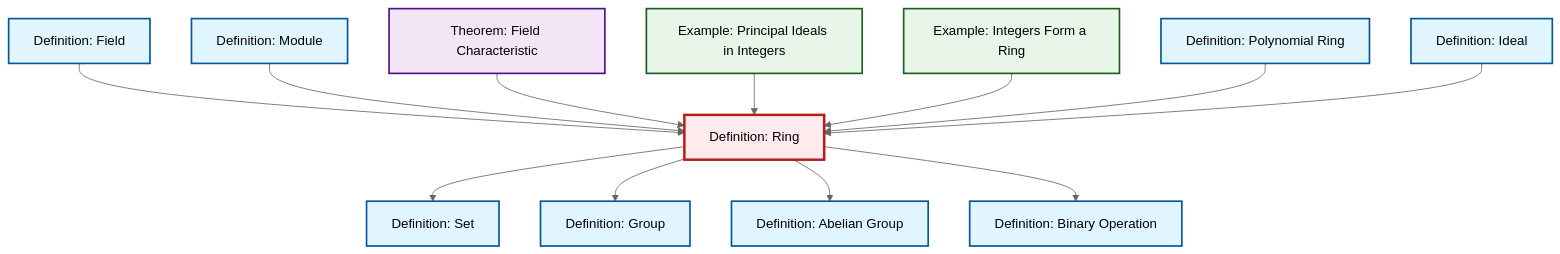
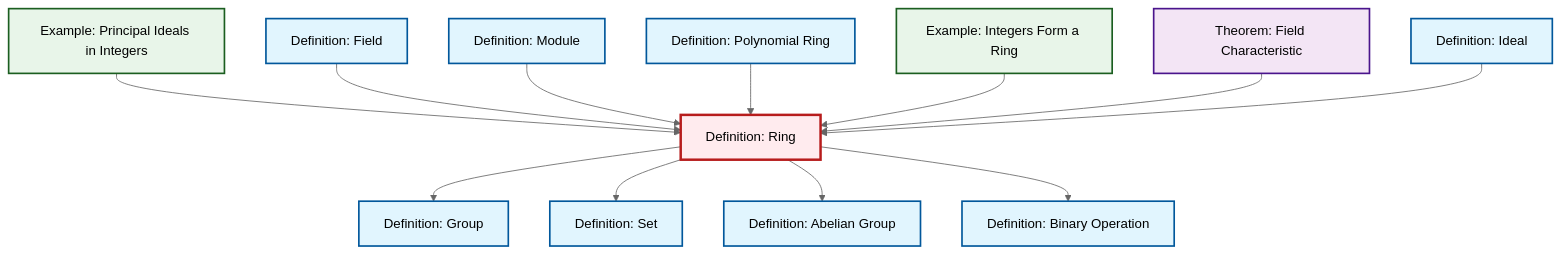
The diagram in content/en/algebra/def-ring.qmd (RK0429/ModernMath), drawn with Mermaid (neutral theme) before and after one commit. The commit also changed other lines of this file and 615 other files, not shown here.

````diff
--- a/content/en/algebra/def-ring.qmd
+++ b/content/en/algebra/def-ring.qmd
@@ -61,44 +61,44 @@
 ```{mermaid}
 %%| fig-cap: "Local dependency graph"
 graph TD
     classDef definition fill:#e1f5fe,stroke:#01579b,stroke-width:2px
     classDef theorem fill:#f3e5f5,stroke:#4a148c,stroke-width:2px
     classDef axiom fill:#fff3e0,stroke:#e65100,stroke-width:2px
     classDef example fill:#e8f5e9,stroke:#1b5e20,stroke-width:2px
     classDef current fill:#ffebee,stroke:#b71c1c,stroke-width:3px
+    thm-field-characteristic["Theorem: Field Characteristic"]:::theorem
+    def-polynomial-ring["Definition: Polynomial Ring"]:::definition
+    def-set["Definition: Set"]:::definition
+    def-field["Definition: Field"]:::definition
+    def-group["Definition: Group"]:::definition
     def-ideal["Definition: Ideal"]:::definition
-    def-field["Definition: Field"]:::definition
+    def-binary-operation["Definition: Binary Operation"]:::definition
     def-abelian-group["Definition: Abelian Group"]:::definition
-    def-set["Definition: Set"]:::definition
-    def-polynomial-ring["Definition: Polynomial Ring"]:::definition
+    def-module["Definition: Module"]:::definition
+    ex-integers-ring["Example: Integers Form a Ring"]:::example
     def-ring["Definition: Ring"]:::definition
     ex-principal-ideal["Example: Principal Ideals in Integers"]:::example
-    ex-integers-ring["Example: Integers Form a Ring"]:::example
-    thm-field-characteristic["Theorem: Field Characteristic"]:::theorem
-    def-module["Definition: Module"]:::definition
-    def-group["Definition: Group"]:::definition
-    def-binary-operation["Definition: Binary Operation"]:::definition
+    ex-principal-ideal --> def-ring
     def-field --> def-ring
-    def-ring --> def-set
     def-module --> def-ring
     def-ring --> def-group
+    def-ring --> def-set
+    def-ring --> def-abelian-group
+    def-ring --> def-binary-operation
+    def-polynomial-ring --> def-ring
+    ex-integers-ring --> def-ring
     thm-field-characteristic --> def-ring
-    ex-principal-ideal --> def-ring
-    def-ring --> def-abelian-group
-    ex-integers-ring --> def-ring
-    def-polynomial-ring --> def-ring
-    def-ring --> def-binary-operation
     def-ideal --> def-ring
     class def-ring current
+    click thm-field-characteristic "thm-field-characteristic.html" "Go to Field Characteristic theorem"
+    click def-polynomial-ring "def-polynomial-ring.html" "Go to Polynomial Ring definition"
+    click def-set "def-set.html" "Go to Set definition"
+    click def-field "def-field.html" "Go to Field definition"
+    click def-group "def-group.html" "Go to Group definition"
     click def-ideal "def-ideal.html" "Go to Ideal definition"
-    click def-field "def-field.html" "Go to Field definition"
+    click def-binary-operation "def-binary-operation.html" "Go to Binary Operation definition"
     click def-abelian-group "def-abelian-group.html" "Go to Abelian Group definition"
-    click def-set "def-set.html" "Go to Set definition"
-    click def-polynomial-ring "def-polynomial-ring.html" "Go to Polynomial Ring definition"
+    click def-module "def-module.html" "Go to Module definition"
+    click ex-integers-ring "ex-integers-ring.html" "Go to Integers Form a Ring example"
     click ex-principal-ideal "ex-principal-ideal.html" "Go to Principal Ideals in Integers example"
-    click ex-integers-ring "ex-integers-ring.html" "Go to Integers Form a Ring example"
-    click thm-field-characteristic "thm-field-characteristic.html" "Go to Field Characteristic theorem"
-    click def-module "def-module.html" "Go to Module definition"
-    click def-group "def-group.html" "Go to Group definition"
-    click def-binary-operation "def-binary-operation.html" "Go to Binary Operation definition"
 ```
````
